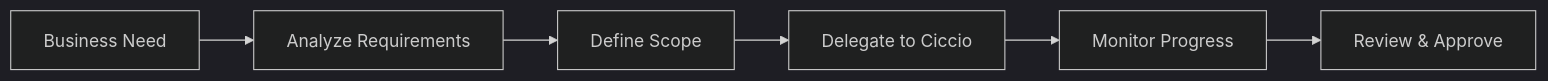
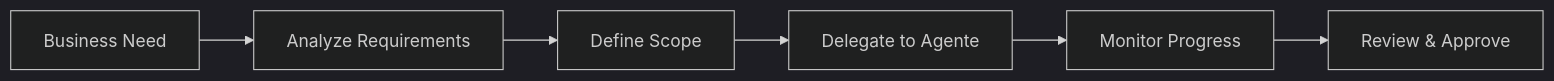
Before and after one commit to ecologicaleaving/workflow: the diagram in skills/8020-workflow/references/WORKFLOW_DAVID.md, drawn with Mermaid (dark theme). The commit also changed other lines of this file and 4 other files, not shown here.

Commit message:
chore: aggiorna skill — rimozione ruoli Claudio/Ciccio, team Davide+Agente

````diff
--- a/skills/8020-workflow/references/WORKFLOW_DAVID.md
+++ b/skills/8020-workflow/references/WORKFLOW_DAVID.md
@@ -32,8 +32,8 @@
 ```mermaid
 graph LR
     A[Business Need] --> B[Analyze Requirements] 
     B --> C[Define Scope]
-    C --> D[Delegate to Ciccio]
+    C --> D[Delegate to Agente]
     D --> E[Monitor Progress]
     E --> F[Review & Approve]
 ```
````
